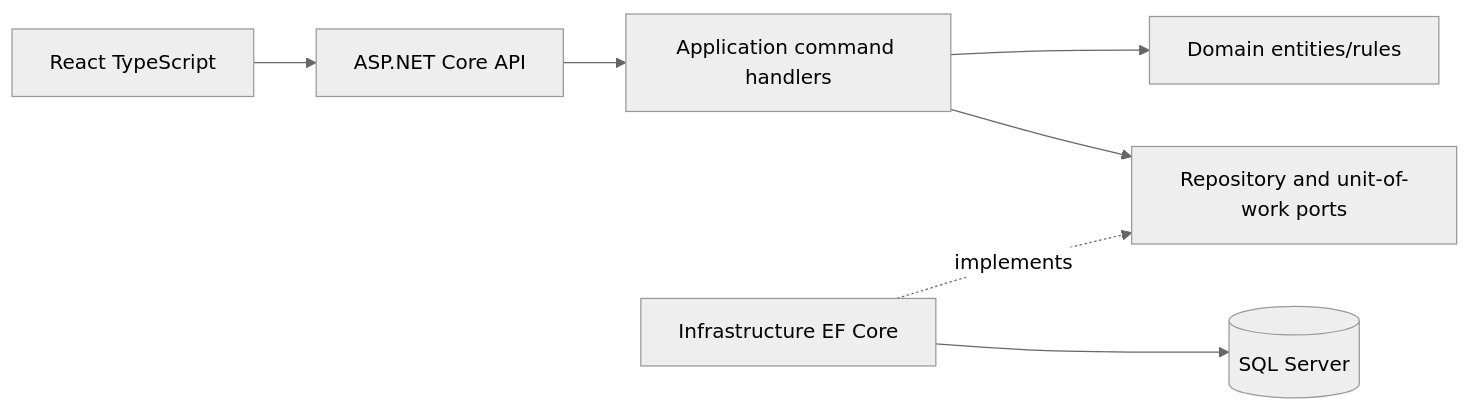
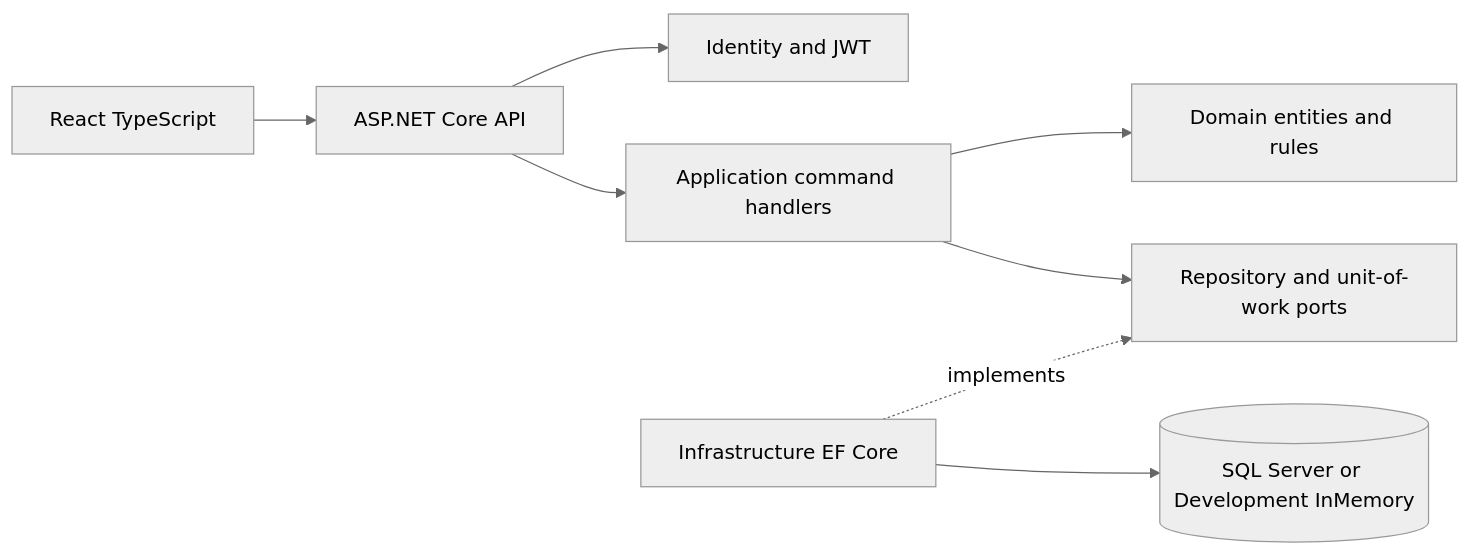
The first of 2 diagrams in docs/architecture.md (SiddaiahLakkarse/ReactECommerceAPP), drawn with Mermaid (neutral theme) before and after one commit. The commit also changed other lines of this file and 5 other files, not shown here.

````diff
--- a/docs/architecture.md
+++ b/docs/architecture.md
@@ -3,9 +5,10 @@
 ```mermaid
 graph LR
   UI[React TypeScript] --> API[ASP.NET Core API]
+  API --> AUTH[Identity and JWT]
   API --> APP[Application command handlers]
-  APP --> DOMAIN[Domain entities/rules]
+  APP --> DOMAIN[Domain entities and rules]
   APP --> PORTS[Repository and unit-of-work ports]
   INFRA[Infrastructure EF Core] -.implements.-> PORTS
-  INFRA --> DB[(SQL Server)]
+  INFRA --> DB[(SQL Server or Development InMemory)]
 ```
````
